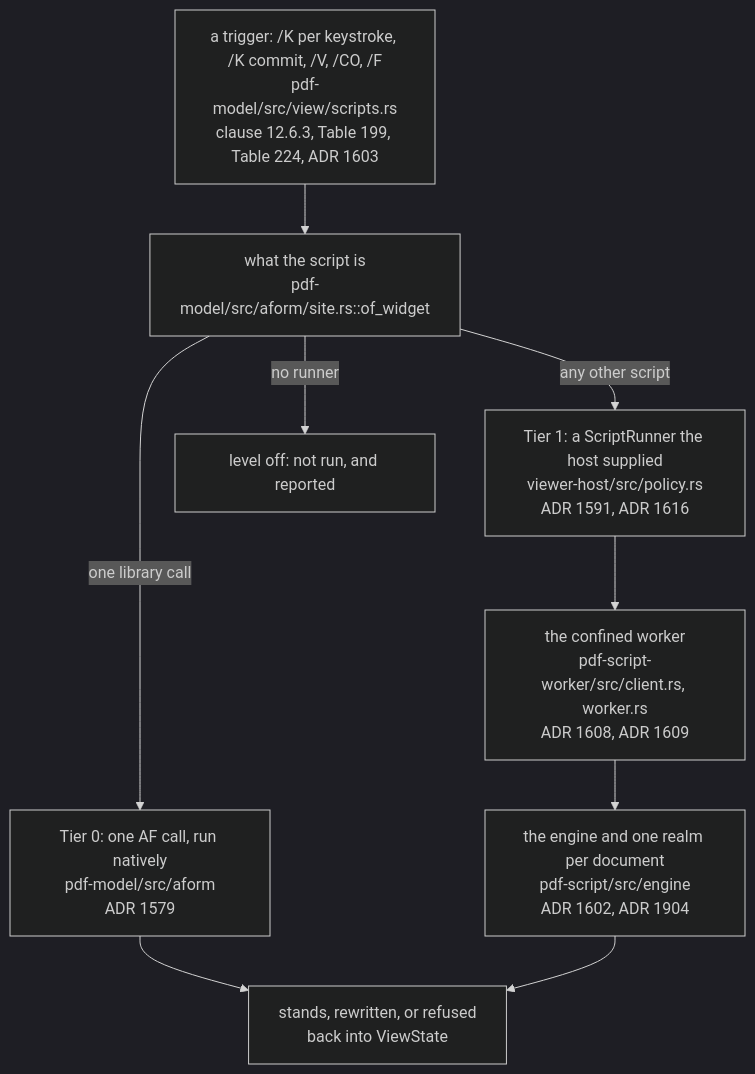
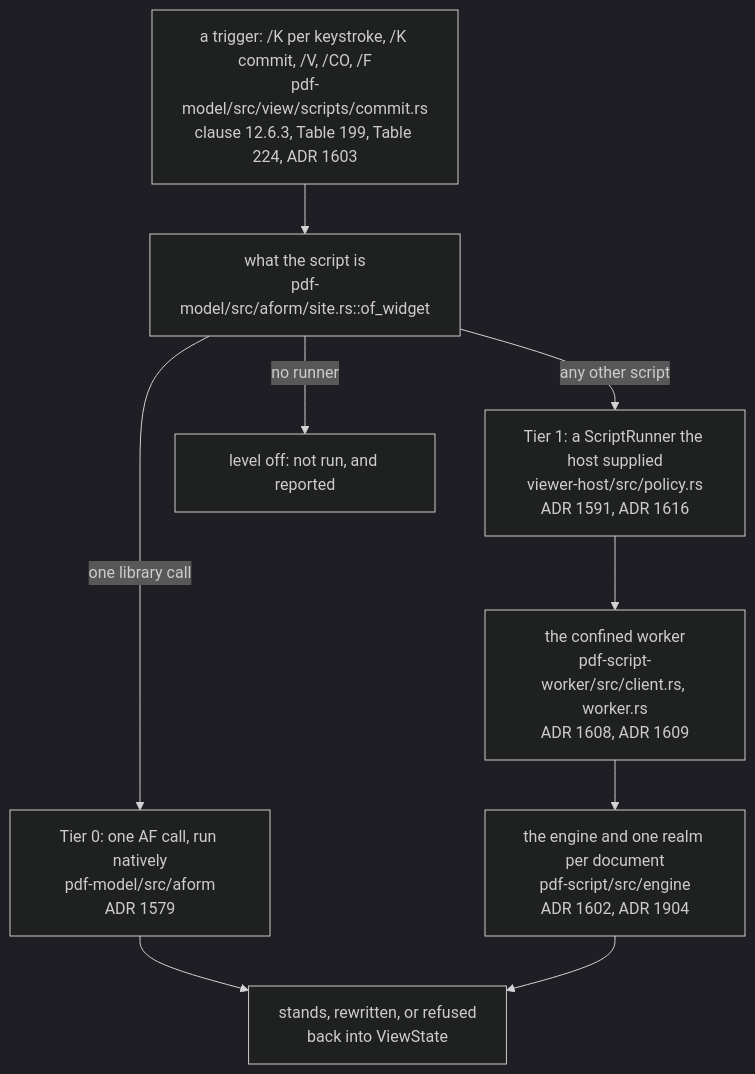
The fifth of 7 diagrams in doc/teaching/how-a-form-field-is-filled.md (close2/pdf-viewer), drawn with Mermaid (dark theme) before and after one commit. The commit also changed other lines of this file and 14 other files, not shown here.

````diff
--- a/doc/teaching/how-a-form-field-is-filled.md
+++ b/doc/teaching/how-a-form-field-is-filled.md
@@ -343,20 +344,20 @@
 ```mermaid
 flowchart TD
-    TRIG["a trigger: /K per keystroke, /K commit, /V, /CO, /F<br/>pdf-model/src/view/scripts.rs<br/>clause 12.6.3, Table 199, Table 224, ADR 1603"]
+    TRIG["a trigger: /K per keystroke, /K commit, /V, /CO, /F<br/>pdf-model/src/view/scripts/commit.rs<br/>clause 12.6.3, Table 199, Table 224, ADR 1603"]
     SITE["what the script is<br/>pdf-model/src/aform/site.rs::of_widget"]
     T0["Tier 0: one AF call, run natively<br/>pdf-model/src/aform<br/>ADR 1579"]
     RUN["Tier 1: a ScriptRunner the host supplied<br/>viewer-host/src/policy.rs<br/>ADR 1591, ADR 1616"]
     WORK["the confined worker<br/>pdf-script-worker/src/client.rs, worker.rs<br/>ADR 1608, ADR 1609"]
     ENG["the engine and one realm per document<br/>pdf-script/src/engine<br/>ADR 1602, ADR 1904"]
     NONE["level off: not run, and reported"]
     VERDICT["stands, rewritten, or refused<br/>back into ViewState"]
 
     TRIG --> SITE
     SITE -->|"one library call"| T0
     SITE -->|"any other script"| RUN
     RUN --> WORK
     WORK --> ENG
     SITE -->|"no runner"| NONE
     T0 --> VERDICT
     ENG --> VERDICT
 ```
````
